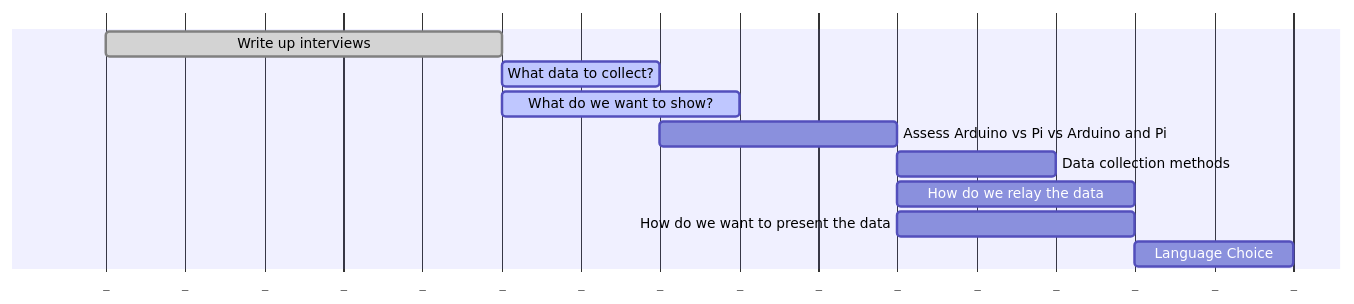
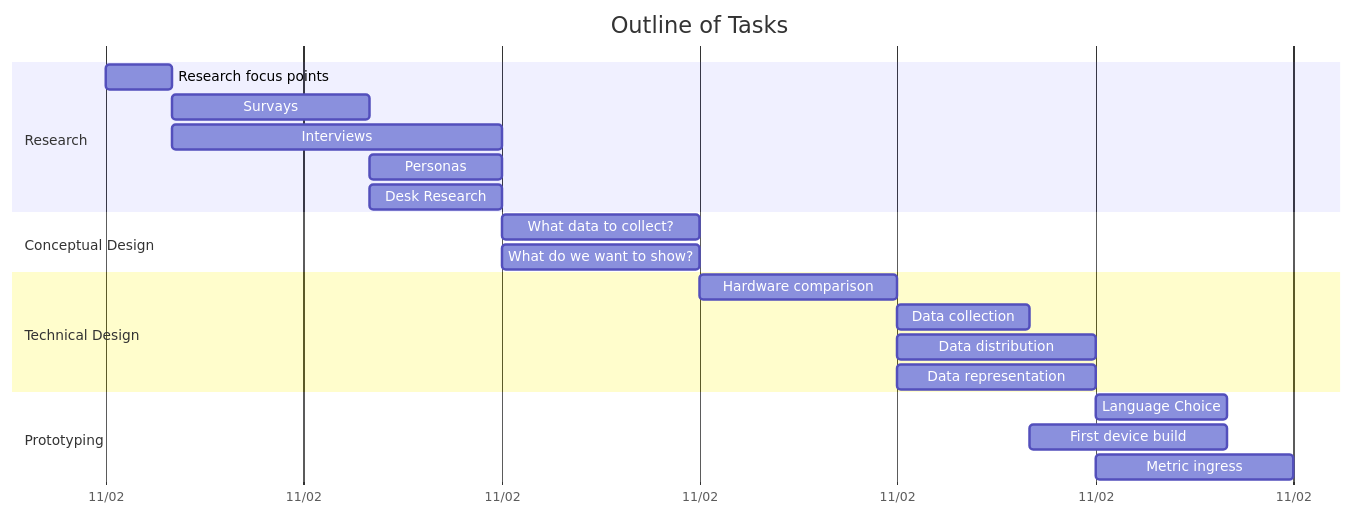
Before and after one commit to barrett370/ROT: the diagram in content/Assignments/ICP/_index.md, drawn with Mermaid.

Commit message:
Add sections to Gantt chart

```diff
--- a/content/Assignments/ICP/_index.md
+++ b/content/Assignments/ICP/_index.md
@@ -8,13 +8,28 @@
 {{<mermaid>}}
 gantt
         dateFormat DD-MM
-        axisFormat _
-        Write up interviews                             :done,   fsc1, 18-02,           5h
-        What data to collect?                           :active, aat1, after fsc1,      2h
-        What do we want to show?                        :active, fsc2, after fsc1,      3h
-        Assess Arduino vs Pi vs Arduino and Pi          :        aat2, after aat1,      3h
-        Data collection methods                         :        aat4, after aat2,      2h
-        How do we relay the data                        :        aat5, after aat2,      3h
-        How do we want to present the data              :        fsc5, after aat2,      3h
-        Language Choice                                 :        aat3, after aat4 aat5, 2h
+        axisFormat %d/%m
+        title                                           Outline of Tasks
+
+        section                                         Research
+        Research focus points                           :fsc1, 11-02,           1h
+        Survays                                         :fsc2, after fsc1,      3h
+        Interviews                                      :fsc3, after fsc1,      5h
+        Personas                                        :fsc4, after fsc2,      2h
+        Desk Research                                   :fsc4, after fsc2,      2h
+
+        section                                         Conceptual Design
+        What data to collect?                           :aat1, after fsc3,      3h
+        What do we want to show?                        :fsc5, after fsc3,      3h
+
+        section                                         Technical Design
+        Hardware comparison                             :aat2, after aat1,      3h
+        Data collection                                 :aat4, after aat2,      2h
+        Data distribution                               :aat5, after aat2,      3h
+        Data representation                             :fsc5, after aat2,      3h
+
+        section                                         Prototyping
+        Language Choice                                 :aat3, after aat4 aat5, 2h
+        First device build                              :prt1, after aat4,      3h
+        Metric ingress                                  :prt2, after aat5,      3h
 {{</mermaid>}}
```
